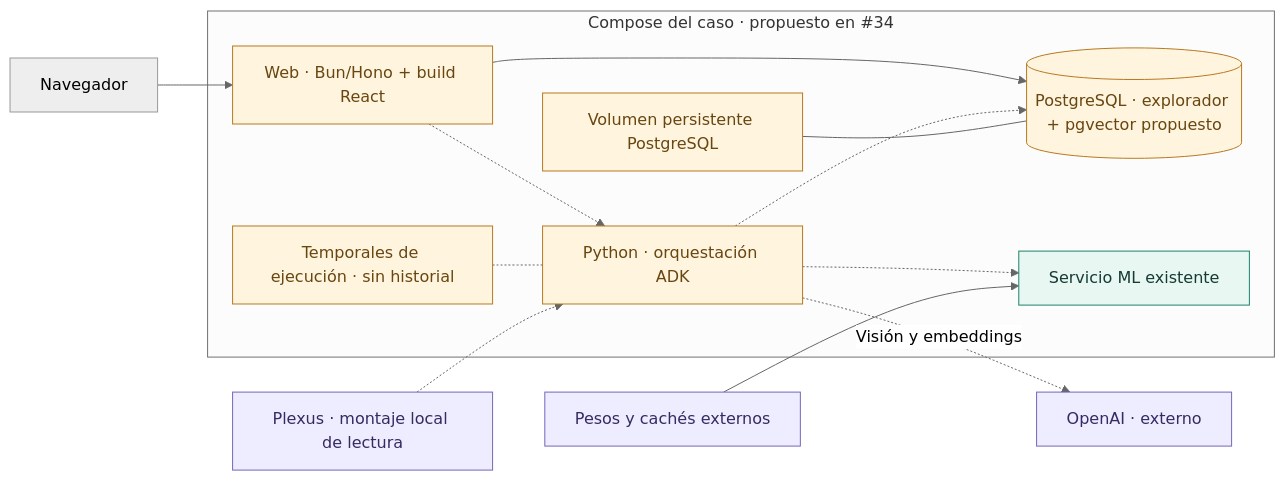
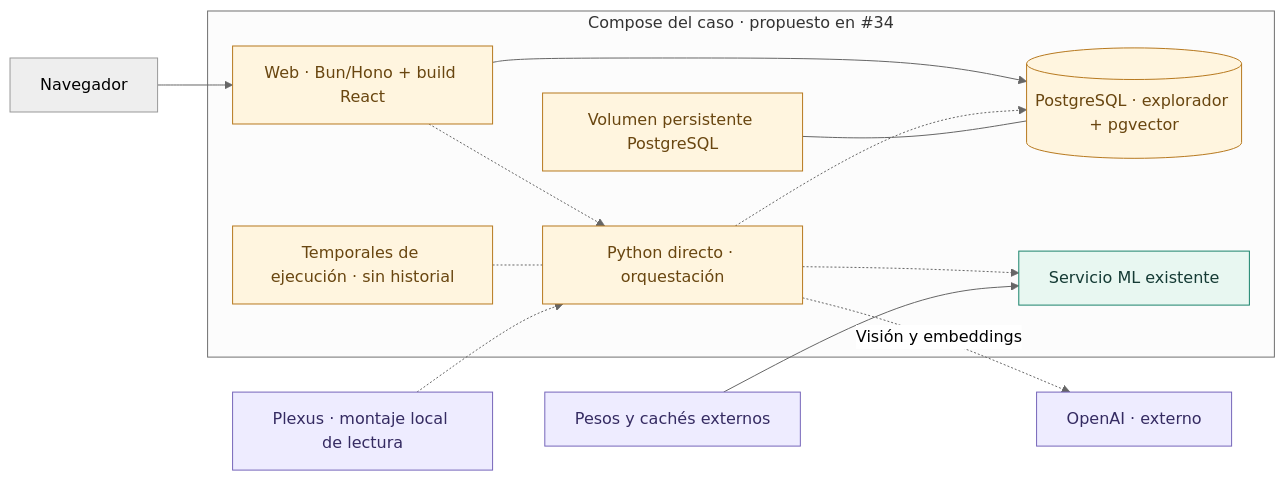
One commit to lvckss/piia2-26 changed the fourth of 5 diagrams in entregas/cu-19-interpretacion-danos/ARCHITECTURE.md. Above: the diagram before and after it, drawn with Mermaid (neutral theme). The commit also changed other lines of this file, not shown here.

Commit message:
docs(#38): actualizar RAG, Python directo y ADRs aceptados

````diff
--- a/entregas/cu-19-interpretacion-danos/ARCHITECTURE.md
+++ b/entregas/cu-19-interpretacion-danos/ARCHITECTURE.md
@@ -584,21 +601,21 @@
 ```mermaid
 flowchart LR
     U["Navegador"] --> W
     subgraph compose["Compose del caso · propuesto en #34"]
-        W["Web · Bun/Hono + build React"] -.-> O["Python · orquestación ADK"]
-        W --> P[("PostgreSQL · explorador + pgvector propuesto")]
+        W["Web · Bun/Hono + build React"] -.-> O["Python directo · orquestación"]
+        W --> P[("PostgreSQL · explorador + pgvector")]
         O -.-> P
         O -.-> M["Servicio ML existente"]
         V["Volumen persistente PostgreSQL"] --- P
         TMP["Temporales de ejecución · sin historial"] -.- O
     end
     O -. "Visión y embeddings" .-> AI["OpenAI · externo"]
     DATA["Plexus · montaje local de lectura"] -.-> O
     MODELS["Pesos y cachés externos"] --> M
     classDef integrated fill:#e8f7f1,stroke:#19836b,color:#153b35
     classDef proposed fill:#fff5df,stroke:#b7791f,color:#694610
     classDef external fill:#eeecff,stroke:#7666ba,color:#352b62
     class M integrated
     class W,O,P,V,TMP proposed
     class AI,DATA,MODELS external
 ```
````
